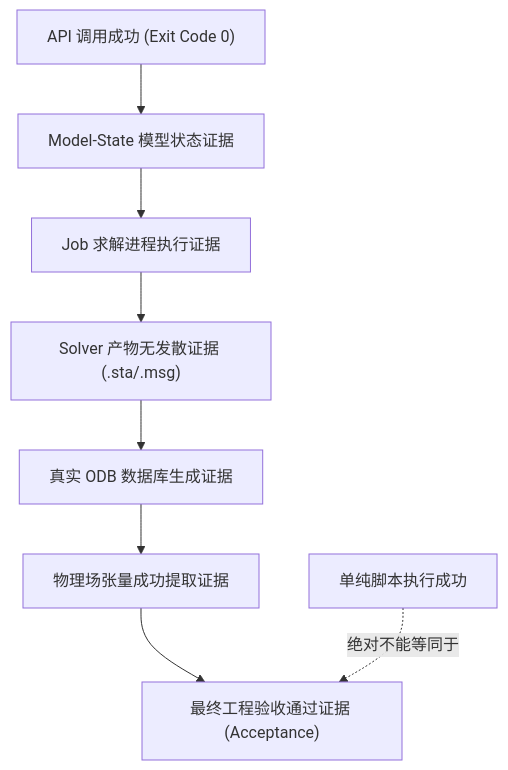
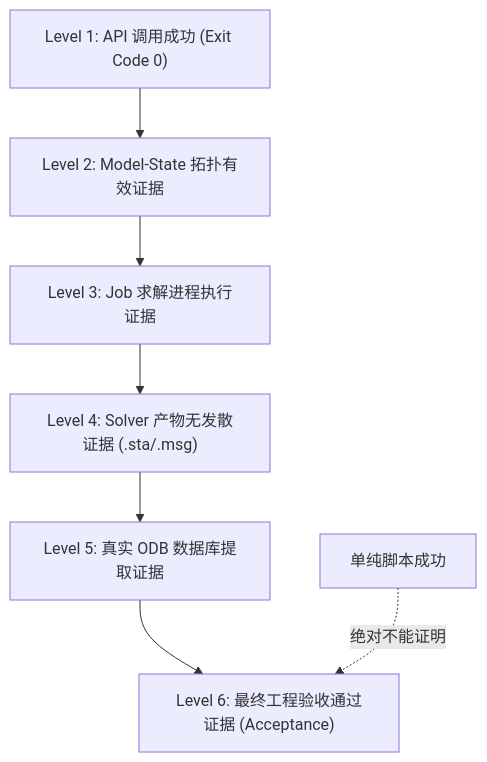
One commit to chenlei-gh/Abaqus-AI-Agent changed the second of 3 diagrams in README_CN.md. Above: the diagram before and after it, drawn with Mermaid. The commit also changed other lines of this file and 1 other file, not shown here.

First line of the commit message:
Optimize readme overview charts for mobile devices

````diff
--- a/README_CN.md
+++ b/README_CN.md
@@ -211,10 +173,9 @@
 ```mermaid
 flowchart TD
-    I["API 调用成功 (Exit Code 0)"] --> M["Model-State 模型状态证据"]
-    M --> J["Job 求解进程执行证据"]
-    J --> S["Solver 产物无发散证据 (.sta/.msg)"]
-    S --> O["真实 ODB 数据库生成证据"]
-    O --> R["物理场张量成功提取证据"]
-    R --> A["最终工程验收通过证据 (Acceptance)"]
-    N["单纯脚本执行成功"] -. "绝对不能等同于" .-> A
+    L1["Level 1: API 调用成功 (Exit Code 0)"] --> L2["Level 2: Model-State 拓扑有效证据"]
+    L2 --> L3["Level 3: Job 求解进程执行证据"]
+    L3 --> L4["Level 4: Solver 产物无发散证据 (.sta/.msg)"]
+    L4 --> L5["Level 5: 真实 ODB 数据库提取证据"]
+    L5 --> L6["Level 6: 最终工程验收通过证据 (Acceptance)"]
+    N["单纯脚本成功"] -. "绝对不能证明" .-> L6
 ```
````
